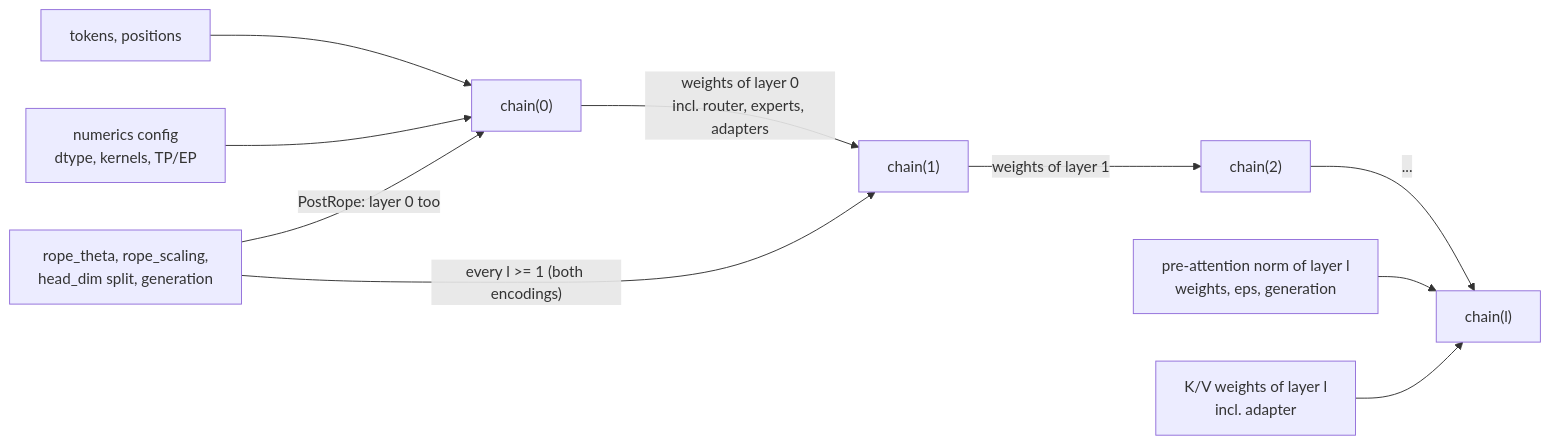
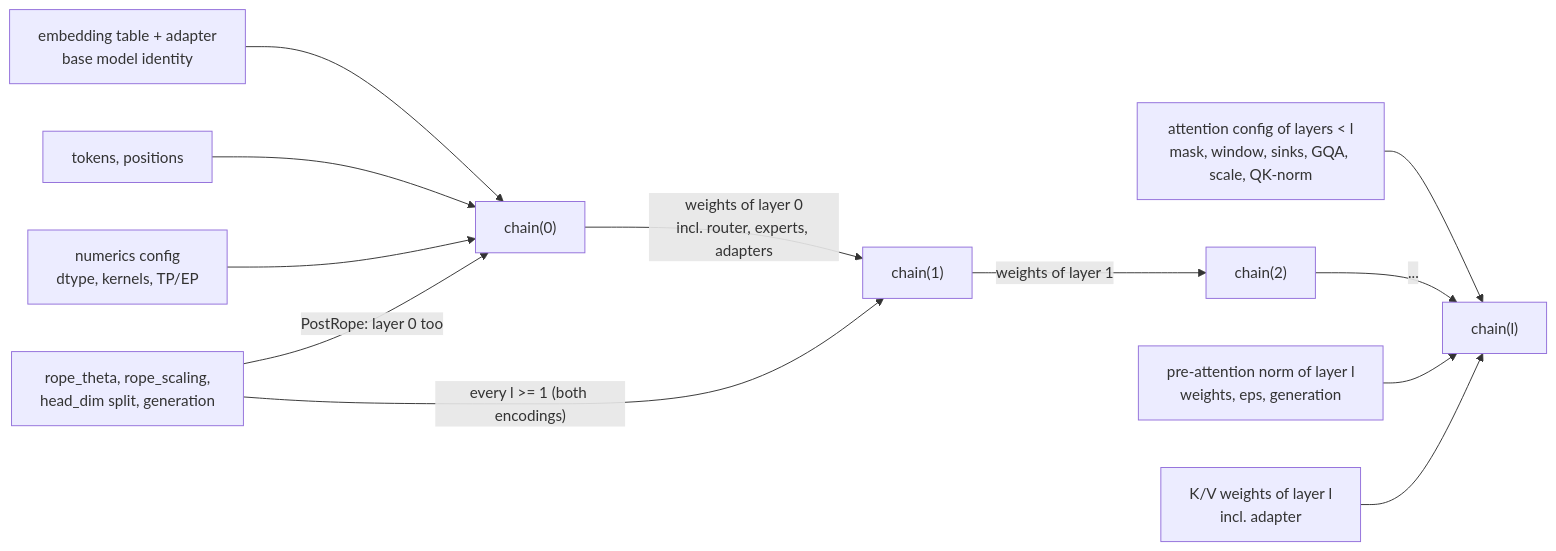
One commit to xrey167/PTR changed the second of 2 diagrams in docs/architecture/36-kv-reuse.md. Above: the diagram before and after it, drawn with Mermaid. The commit also changed other lines of this file and 2 other files, not shown here.

````diff
--- a/docs/architecture/36-kv-reuse.md
+++ b/docs/architecture/36-kv-reuse.md
@@ -468,12 +482,14 @@
 ```mermaid
 flowchart LR
-    T["tokens, positions"] --> K0["chain(0)"]
+    E["embedding table + adapter\nbase model identity"] --> K0["chain(0)"]
+    T["tokens, positions"] --> K0
+    AC["attention config of layers < l\nmask, window, sinks, GQA, scale, QK-norm"] --> KL
     K0 -->|"weights of layer 0\nincl. router, experts, adapters"| K1["chain(1)"]
     K1 -->|"weights of layer 1"| K2["chain(2)"]
     K2 -->|"..."| KL["chain(l)"]
     N["numerics config\ndtype, kernels, TP/EP"] --> K0
     PN["pre-attention norm of layer l\nweights, eps, generation"] --> KL
     RP["rope_theta, rope_scaling,\nhead_dim split, generation"] -->|"PostRope: layer 0 too"| K0
     RP -->|"every l >= 1 (both encodings)"| K1
     KV["K/V weights of layer l\nincl. adapter"] --> KL
 ```
````
